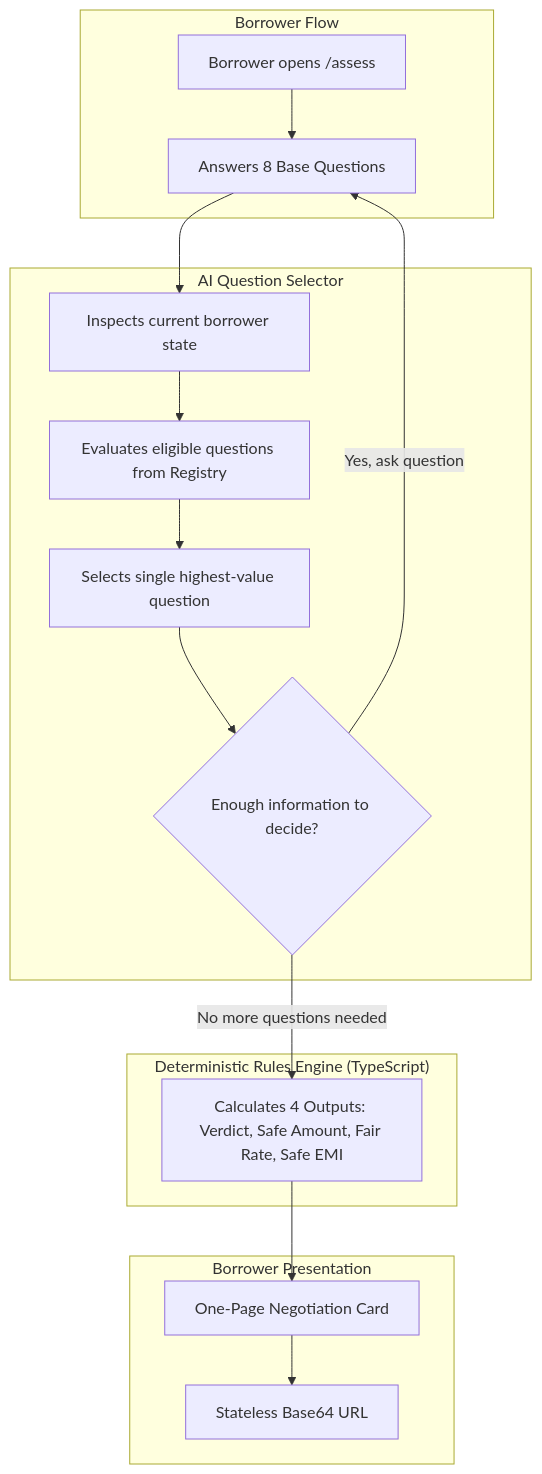
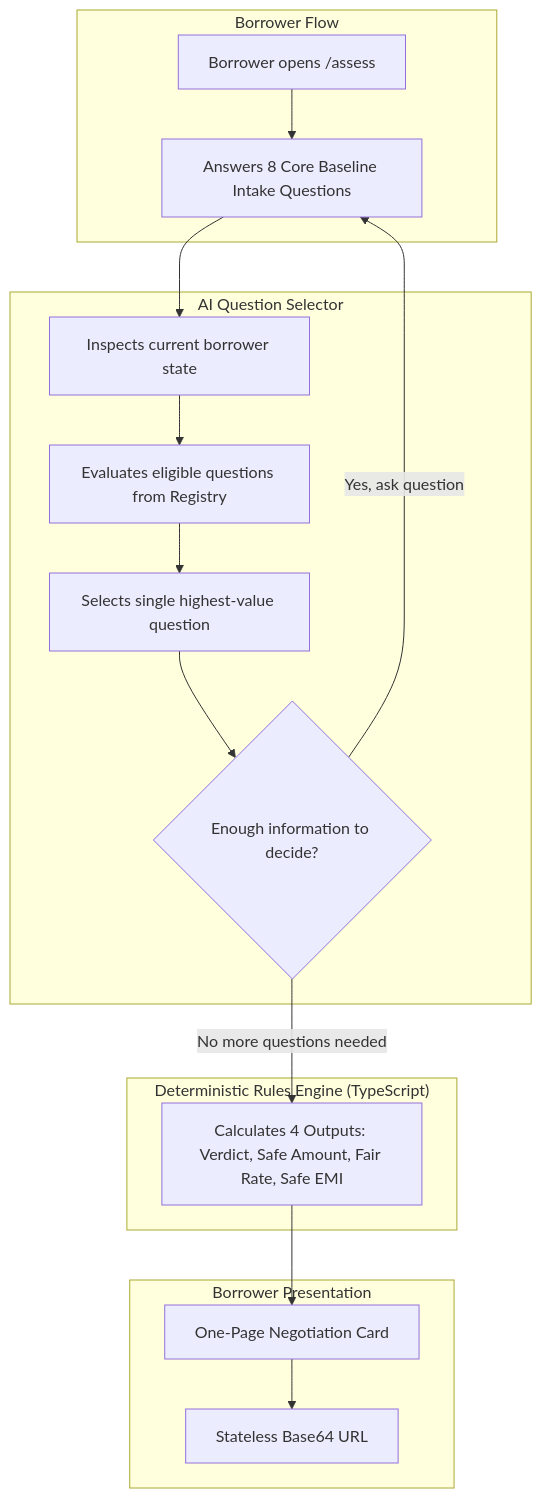
One commit to HUmnanANirudh/Borrower-Copilot changed the first of 2 diagrams in README.md. Above: the diagram before and after it, drawn with Mermaid. The commit also changed 15 other files, not shown here.

````diff
--- a/README.md
+++ b/README.md
@@ -16,33 +16,33 @@
 ```mermaid
 flowchart TD
     subgraph Borrower["Borrower Flow"]
         Start["Borrower opens /assess"]
-        Base["Answers 8 Base Questions"]
+        Base["Answers 8 Core Baseline Intake Questions"]
     end
 
     subgraph AISelector["AI Question Selector"]
         Inspect["Inspects current borrower state"]
         Filter["Evaluates eligible questions from Registry"]
         Rank["Selects single highest-value question"]
         StopCheck{"Enough information to decide?"}
     end
 
     subgraph RulesEngine["Deterministic Rules Engine (TypeScript)"]
         Calculate["Calculates 4 Outputs: Verdict, Safe Amount, Fair Rate, Safe EMI"]
     end
 
     subgraph OutputView["Borrower Presentation"]
         Card["One-Page Negotiation Card"]
         Share["Stateless Base64 URL"]
     end
 
     Start --> Base
     Base --> Inspect
     Inspect --> Filter
     Filter --> Rank
     Rank --> StopCheck
     StopCheck -->|"Yes, ask question"| Base
     StopCheck -->|"No more questions needed"| Calculate
     Calculate --> Card
     Card --> Share
 ```
````
